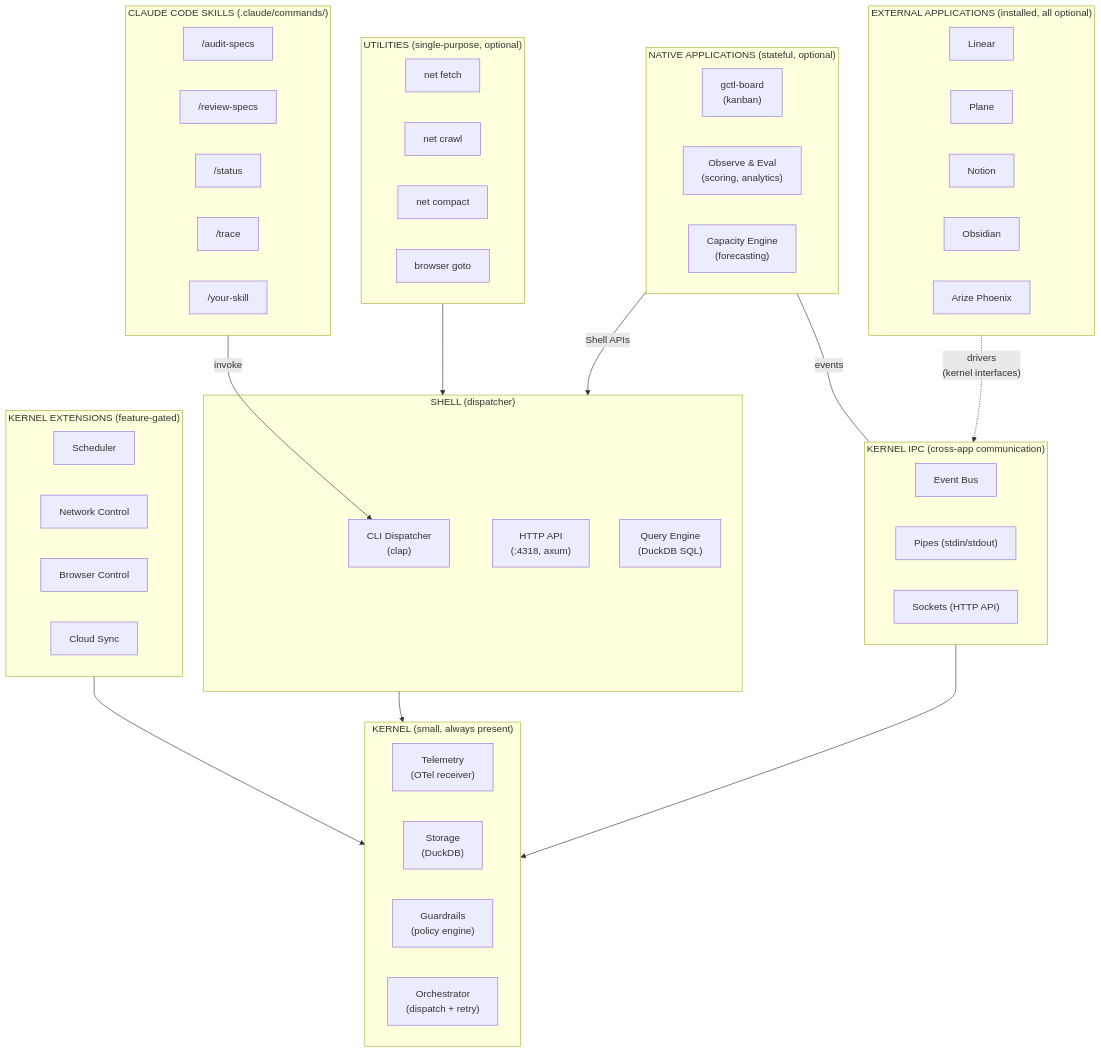
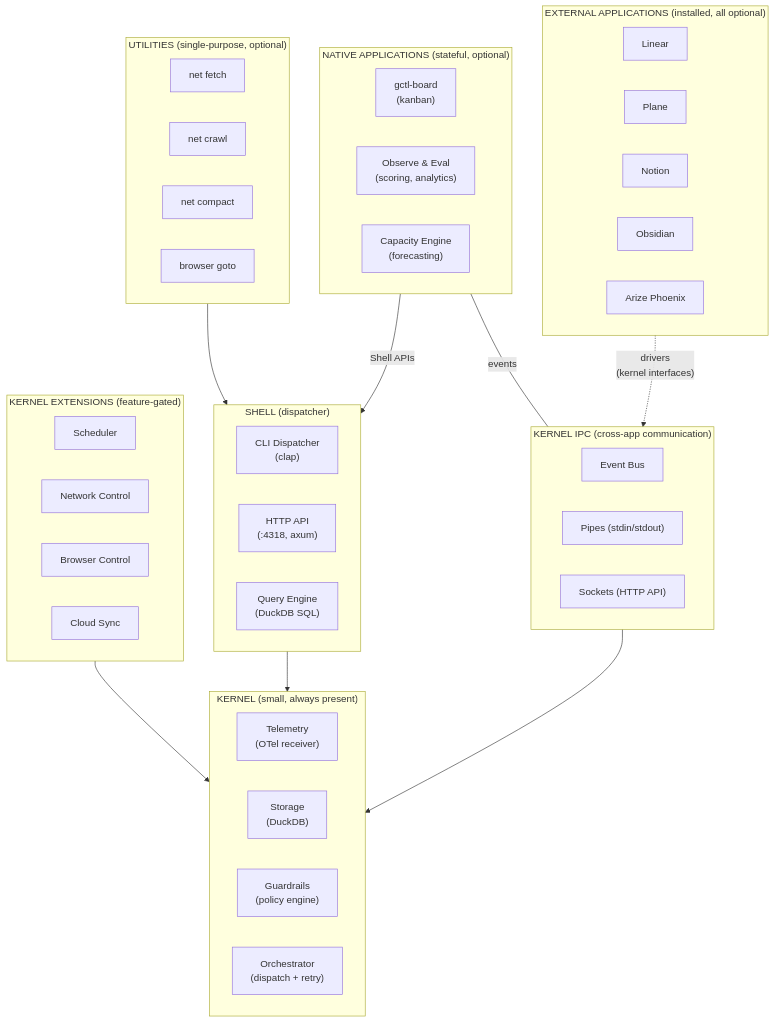
Before and after one commit to OpenHackersClub/gctrl: the first of 7 diagrams in specs/architecture/os.md, drawn with Mermaid. The commit also changed other lines of this file and 68 other files, not shown here.

````diff
--- a/specs/architecture/os.md
+++ b/specs/architecture/os.md
@@ -33,66 +33,57 @@
 ```mermaid
 flowchart TB
-  subgraph Skills["CLAUDE CODE SKILLS (.claude/commands/)"]
-    AuditSpecs["/audit-specs"]
-    ReviewSpecs["/review-specs"]
-    StatusSkill["/status"]
-    TraceSkill["/trace"]
-    CustomSkill["/your-skill"]
-  end
-
   subgraph ExtApps["EXTERNAL APPLICATIONS (installed, all optional)"]
     Linear["Linear"]
     Plane["Plane"]
     Notion["Notion"]
     Obsidian["Obsidian"]
     Phoenix["Arize Phoenix"]
   end
 
   subgraph Apps["NATIVE APPLICATIONS (stateful, optional)"]
     Board["gctl-board\n(kanban)"]
     Eval["Observe & Eval\n(scoring, analytics)"]
     Capacity["Capacity Engine\n(forecasting)"]
   end
 
   subgraph Utils["UTILITIES (single-purpose, optional)"]
     NetFetch["net fetch"]
     NetCrawl["net crawl"]
     NetCompact["net compact"]
     BrowserGoto["browser goto"]
   end
 
   subgraph Shell["SHELL (dispatcher)"]
     CLI["CLI Dispatcher\n(clap)"]
     HTTP["HTTP API\n(:4318, axum)"]
     Query["Query Engine\n(DuckDB SQL)"]
   end
 
   subgraph IPC["KERNEL IPC (cross-app communication)"]
     EventBus["Event Bus"]
     Pipes["Pipes (stdin/stdout)"]
     Sockets["Sockets (HTTP API)"]
   end
 
   subgraph Kernel["KERNEL (small, always present)"]
     Telemetry["Telemetry\n(OTel receiver)"]
     Storage["Storage\n(DuckDB)"]
     Guardrails["Guardrails\n(policy engine)"]
     Orchestrator["Orchestrator\n(dispatch + retry)"]
   end
 
   subgraph KernelExt["KERNEL EXTENSIONS (feature-gated)"]
     Scheduler["Scheduler"]
     Network["Network Control"]
     Browser["Browser Control"]
     Sync["Cloud Sync"]
   end
 
-  Skills -->|"invoke"| CLI
   ExtApps -.->|"drivers\n(kernel interfaces)"| IPC
   Apps -->|"Shell APIs"| Shell
   Apps ---|"events"| IPC
   Utils --> Shell
   Shell --> Kernel
   IPC --> Kernel
   KernelExt --> Kernel
 ```
````
